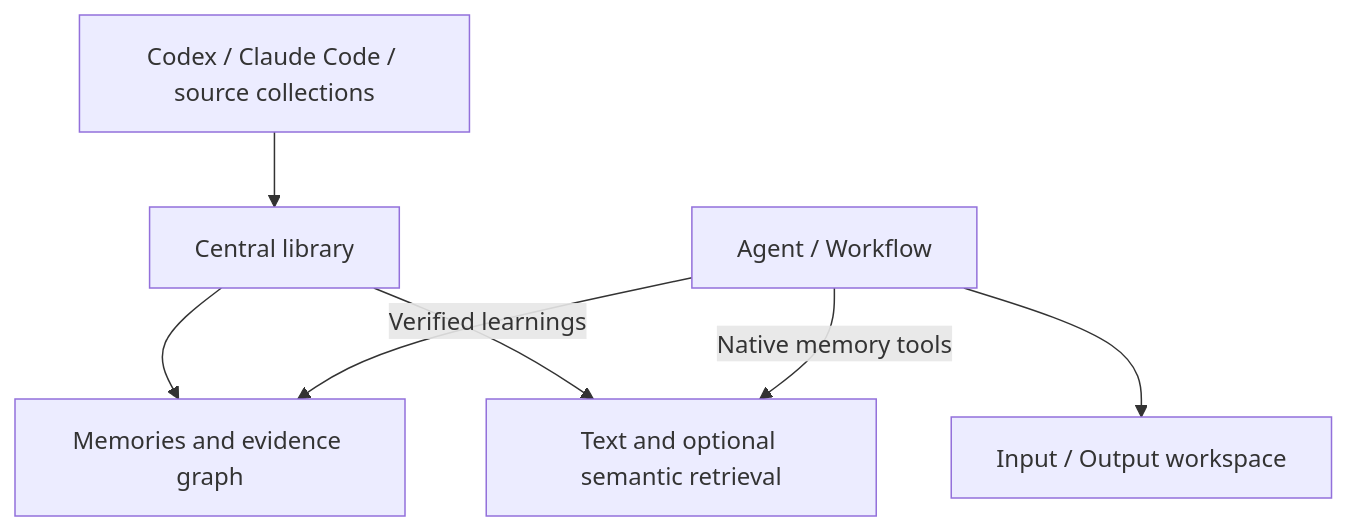
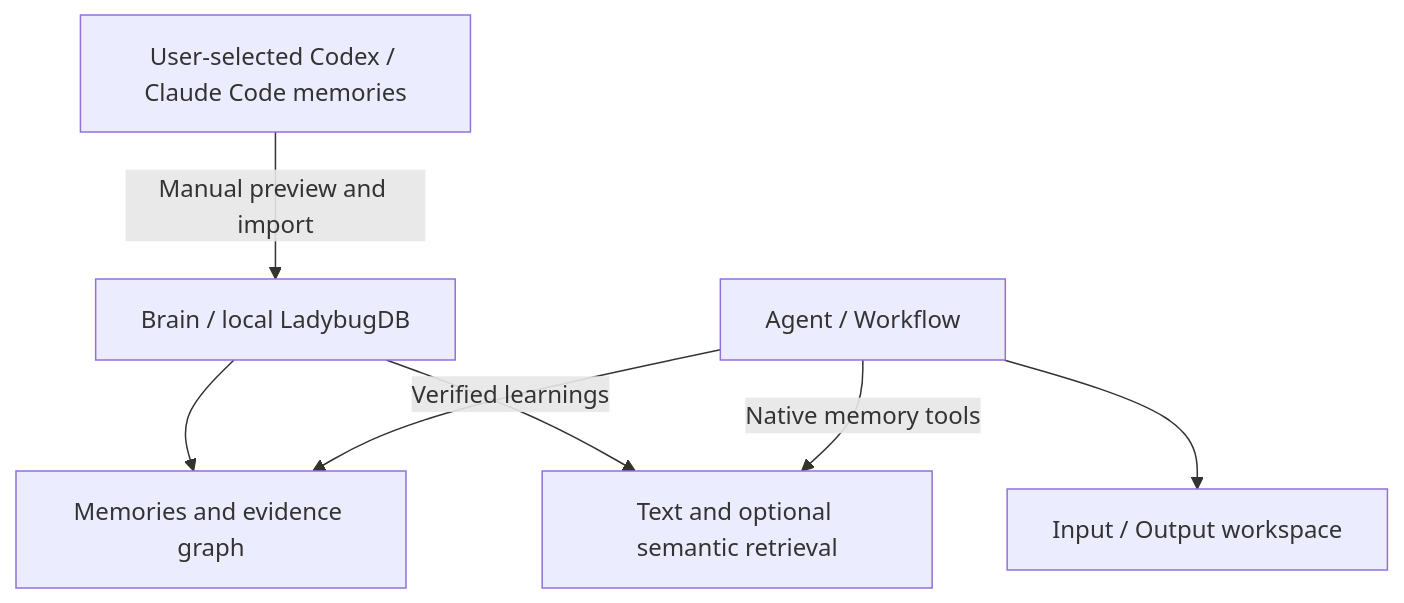
One commit to viamus/DoxieOS changed the third of 3 diagrams in docs/concepts.md. Above: the diagram before and after it, drawn with Mermaid. The commit also changed other lines of this file and 55 other files, not shown here.

Commit message:
feat: evolve shared memory into a local semantic Brain

````diff
--- a/docs/concepts.md
+++ b/docs/concepts.md
@@ -91,9 +91,9 @@
 ```mermaid
 flowchart TD
-    Sources["Codex / Claude Code / source collections"] --> Library["Central library"]
+    Sources["User-selected Codex / Claude Code memories"] -->|Manual preview and import| Library["Brain / local LadybugDB"]
     Library --> Graph["Memories and evidence graph"]
     Library --> Search["Text and optional semantic retrieval"]
     Agent["Agent / Workflow"] -->|Native memory tools| Search
     Agent -->|Verified learnings| Graph
     Agent --> Workspace["Input / Output workspace"]
 ```
````
